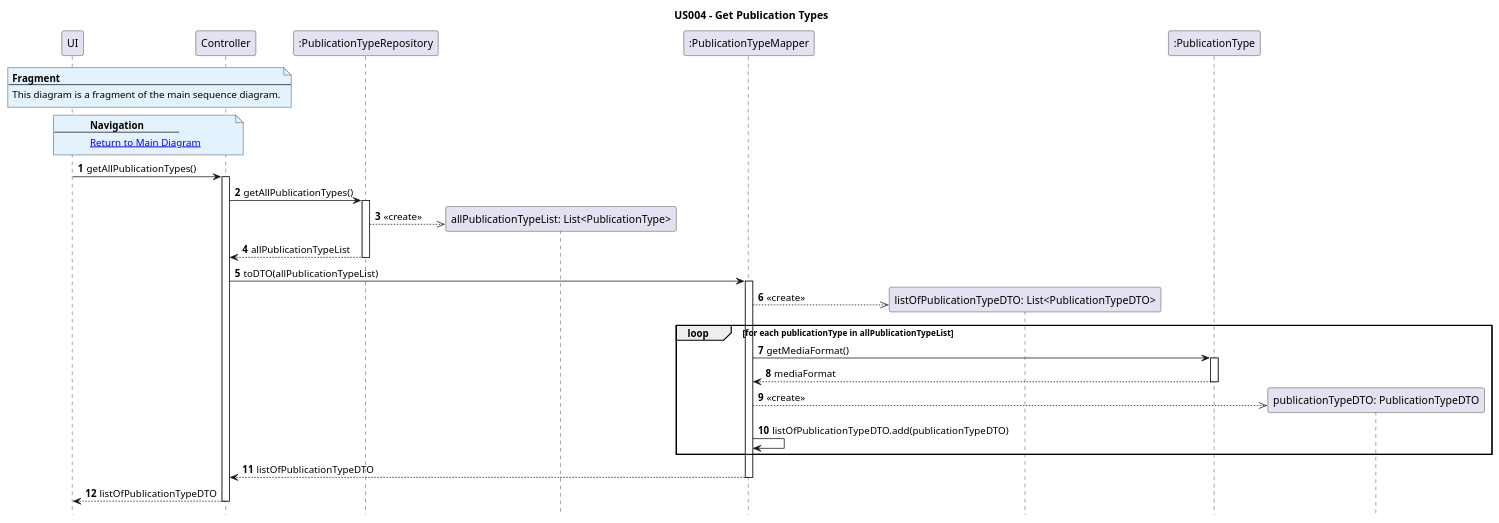
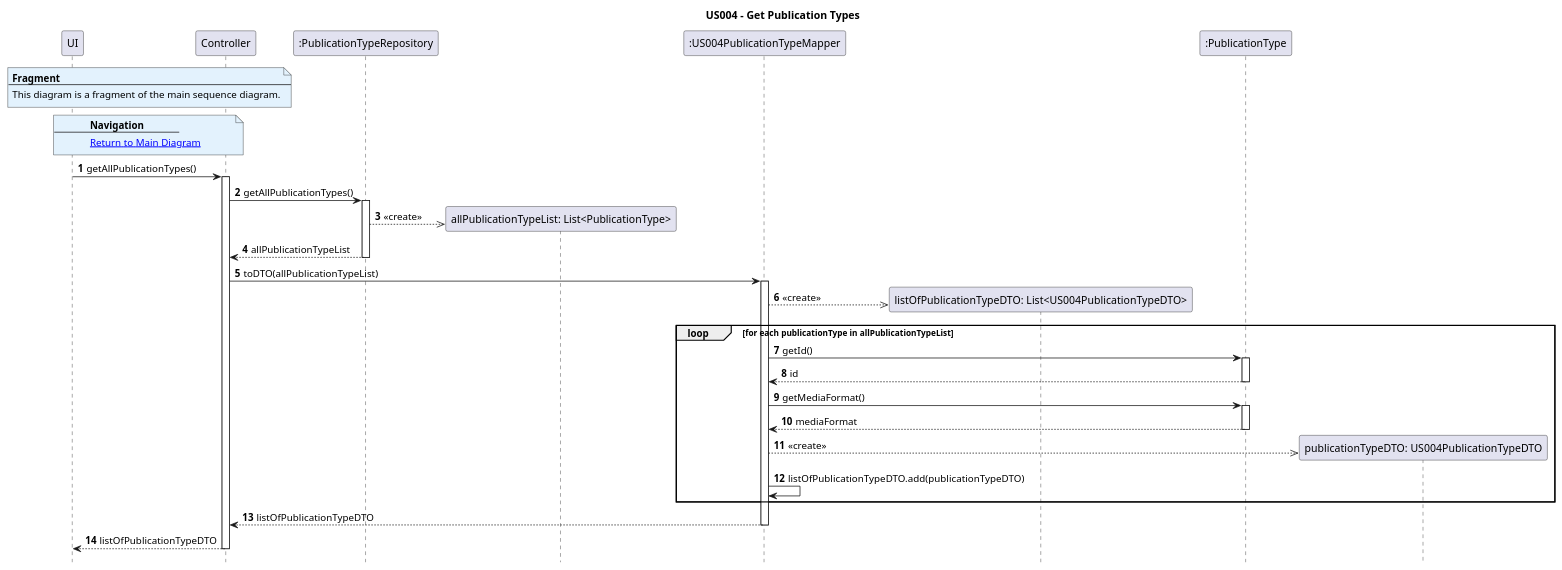
The diagram in Diagrams/SequenceDiagrams/N2/US004-to-register-an-Appraisal-Entity/3.GetPublicationTypes.puml (AndrePereiraGitH/SWitCH-Project-Team_A), drawn with PlantUML before and after one commit. The commit also changed 8 other files, not shown here.

Commit message:
fix #431: update US004 diagrams to reflect DTO with id and controller responsibility

```diff
--- a/Diagrams/SequenceDiagrams/N2/US004-to-register-an-Appraisal-Entity/3.GetPublicationTypes.puml
+++ b/Diagrams/SequenceDiagrams/N2/US004-to-register-an-Appraisal-Entity/3.GetPublicationTypes.puml
@@ -1,63 +1,63 @@
 @startuml
 
 hide footbox
 autonumber
 
 title US004 - Get Publication Types
 
 note over UI, Controller #E3F2FD
 <b>Fragment</b>
 ---
 This diagram is a fragment of the main sequence diagram.
 end note
 
 note over UI, Controller #E3F2FD
 <b>Navigation</b>
 ---
 [[1.MainDiagram.puml Return to Main Diagram]]
 end note
 
 participant ":UI004" as UI
 participant ":US004ToRegisterAppraisalEntityController" as Controller
 participant ":PublicationTypeRepository" as PublicationTypeRepo
 participant "allPublicationTypeList: List<PublicationType>" as allPublicationTypeList
-participant ":PublicationTypeMapper" as PublicationTypeMapper
-participant "listOfPublicationTypeDTO: List<PublicationTypeDTO>" as listOfPublicationTypeDTO
+participant ":US004PublicationTypeMapper" as PublicationTypeMapper
+participant "listOfPublicationTypeDTO: List<US004PublicationTypeDTO>" as listOfPublicationTypeDTO
 participant ":PublicationType" as PublicationType
-participant "publicationTypeDTO: PublicationTypeDTO" as publicationTypeDTO
+participant "publicationTypeDTO: US004PublicationTypeDTO" as publicationTypeDTO
 
 UI -> Controller : getAllPublicationTypes()
 activate Controller
 
 Controller -> PublicationTypeRepo : getAllPublicationTypes()
 activate PublicationTypeRepo
 PublicationTypeRepo -->> allPublicationTypeList ** : <<create>>
 PublicationTypeRepo --> Controller : allPublicationTypeList
 deactivate PublicationTypeRepo
 
 Controller -> PublicationTypeMapper : toDTO(allPublicationTypeList)
 activate PublicationTypeMapper
 PublicationTypeMapper -->> listOfPublicationTypeDTO ** : <<create>>
 
 loop for each publicationType in allPublicationTypeList
-'    PublicationTypeMapper -> PublicationType : getId()
-'    activate PublicationType
-'    PublicationType --> PublicationTypeMapper : id
-'    deactivate PublicationType
+    PublicationTypeMapper -> PublicationType : getId()
+    activate PublicationType
+    PublicationType --> PublicationTypeMapper : id
+    deactivate PublicationType
 
     PublicationTypeMapper -> PublicationType : getMediaFormat()
     activate PublicationType
     PublicationType --> PublicationTypeMapper : mediaFormat
     deactivate PublicationType
 
     PublicationTypeMapper -->> publicationTypeDTO ** : <<create>>
     PublicationTypeMapper -> PublicationTypeMapper : listOfPublicationTypeDTO.add(publicationTypeDTO)
 end
 
 PublicationTypeMapper --> Controller : listOfPublicationTypeDTO
 deactivate PublicationTypeMapper
 
 Controller --> UI : listOfPublicationTypeDTO
 deactivate Controller
 
 @enduml
```
